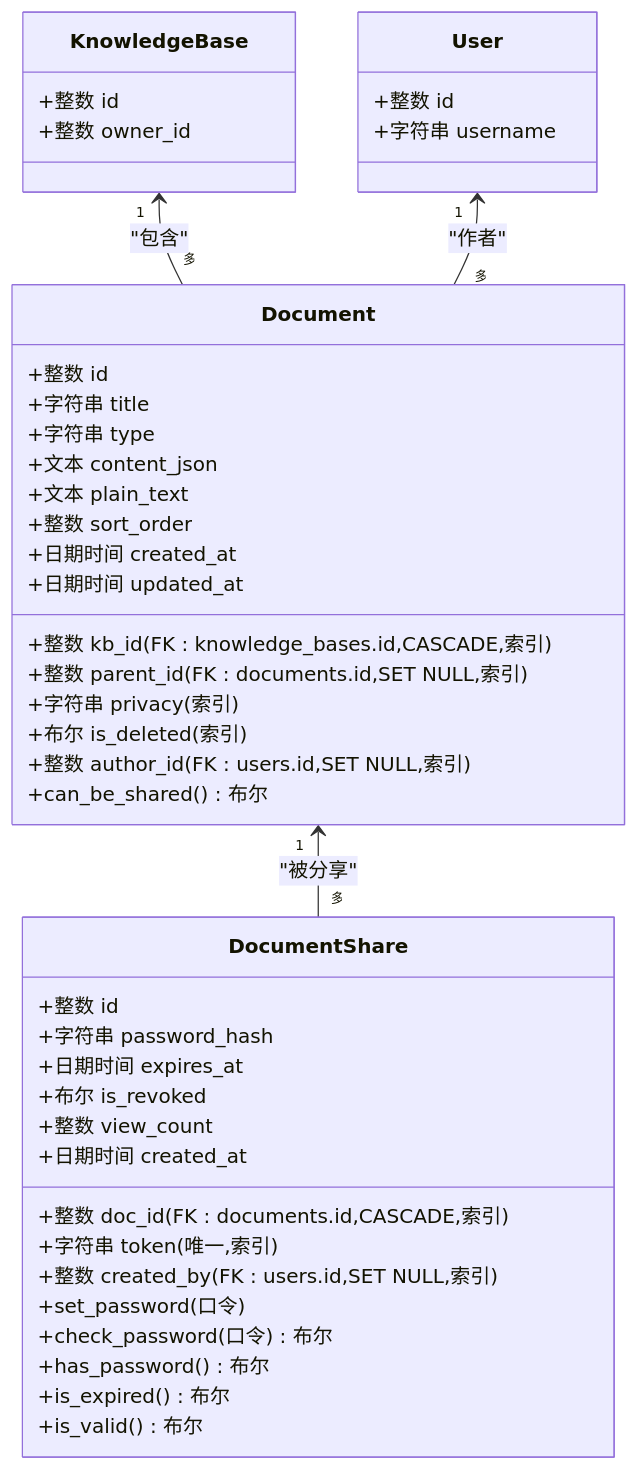
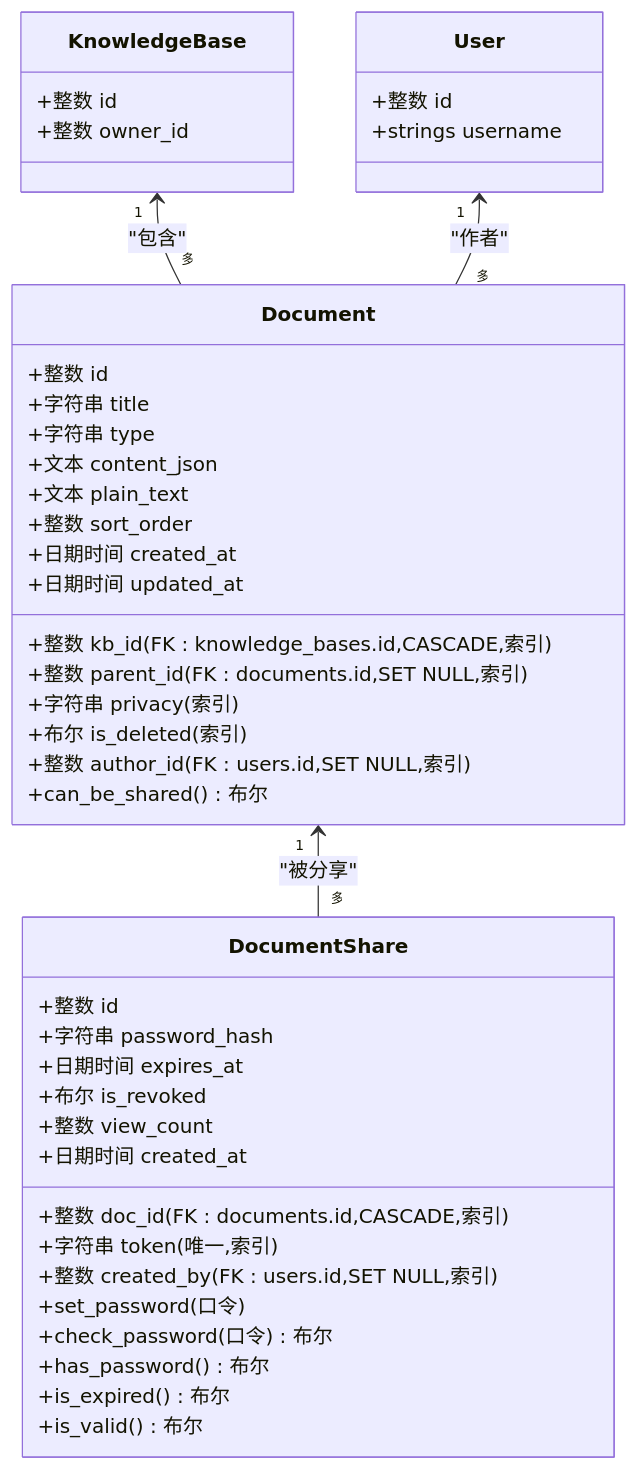
Before and after one commit to beyondalbert/my_wiki: the fifth of 7 diagrams in .qoder/repowiki/zh/content/架构设计/数据持久化架构/数据持久化架构.md, drawn with Mermaid. The commit also changed other lines of this file and 10 other files, not shown here.

````diff
--- a/.qoder/repowiki/zh/content/架构设计/数据持久化架构/数据持久化架构.md
+++ b/.qoder/repowiki/zh/content/架构设计/数据持久化架构/数据持久化架构.md
@@ -260,46 +289,46 @@
 ```mermaid
 classDiagram
 class Document {
 +整数 id
 +整数 kb_id(FK : knowledge_bases.id,CASCADE,索引)
 +整数 parent_id(FK : documents.id,SET NULL,索引)
 +字符串 title
 +字符串 type
 +字符串 privacy(索引)
 +文本 content_json
 +文本 plain_text
 +整数 sort_order
 +布尔 is_deleted(索引)
 +整数 author_id(FK : users.id,SET NULL,索引)
 +日期时间 created_at
 +日期时间 updated_at
 +can_be_shared() 布尔
 }
 class DocumentShare {
 +整数 id
 +整数 doc_id(FK : documents.id,CASCADE,索引)
 +字符串 token(唯一,索引)
 +字符串 password_hash
 +日期时间 expires_at
 +布尔 is_revoked
 +整数 view_count
 +整数 created_by(FK : users.id,SET NULL,索引)
 +日期时间 created_at
 +set_password(口令)
 +check_password(口令) 布尔
 +has_password() 布尔
 +is_expired() 布尔
 +is_valid() 布尔
 }
 class KnowledgeBase {
 +整数 id
 +整数 owner_id
 }
 class User {
 +整数 id
-+字符串 username
++strings username
 }
 KnowledgeBase "1" <-- "多" Document : "包含"
 User "1" <-- "多" Document : "作者"
 Document "1" <-- "多" DocumentShare : "被分享"
 ```
````
